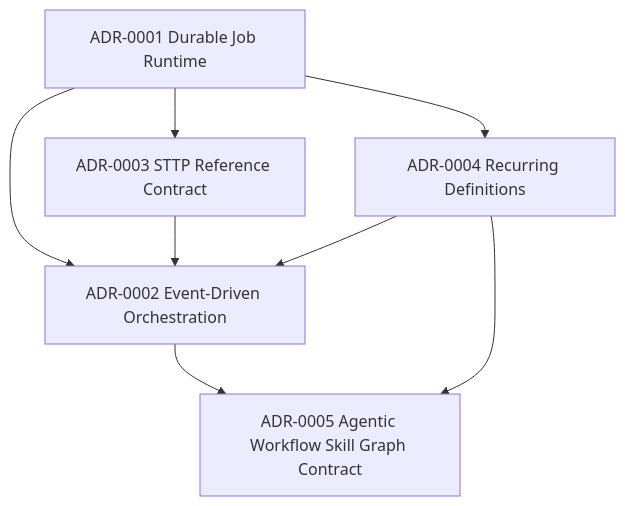
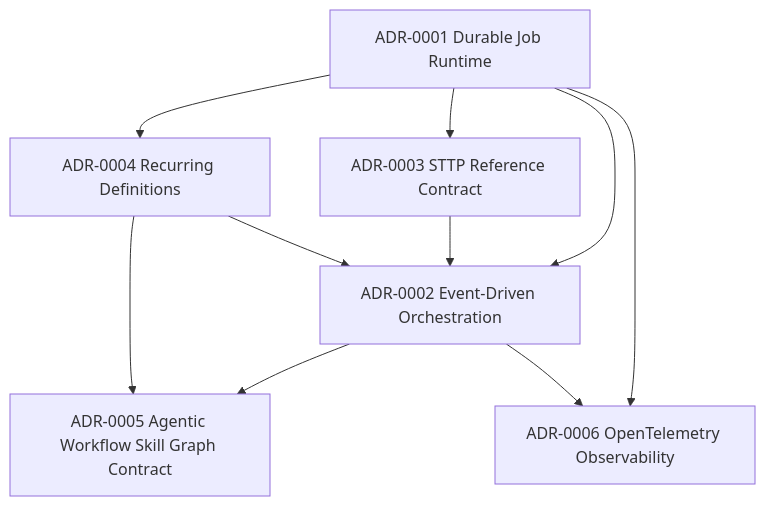
Before and after one commit to EntasisLabs/stasis: the diagram in docs-book/src/adr.md, drawn with Mermaid. The commit also changed other lines of this file and 28 other files, not shown here.

````diff
--- a/docs-book/src/adr.md
+++ b/docs-book/src/adr.md
@@ -29,10 +30,12 @@
 ```mermaid
 flowchart TD
   A1[ADR-0001 Durable Job Runtime] --> A2[ADR-0002 Event-Driven Orchestration]
   A1 --> A3[ADR-0003 STTP Reference Contract]
   A1 --> A4[ADR-0004 Recurring Definitions]
   A2 --> A5[ADR-0005 Agentic Workflow Skill Graph Contract]
   A4 --> A5
   A3 --> A2
   A4 --> A2
+  A1 --> A6[ADR-0006 OpenTelemetry Observability]
+  A2 --> A6
 ```
````
